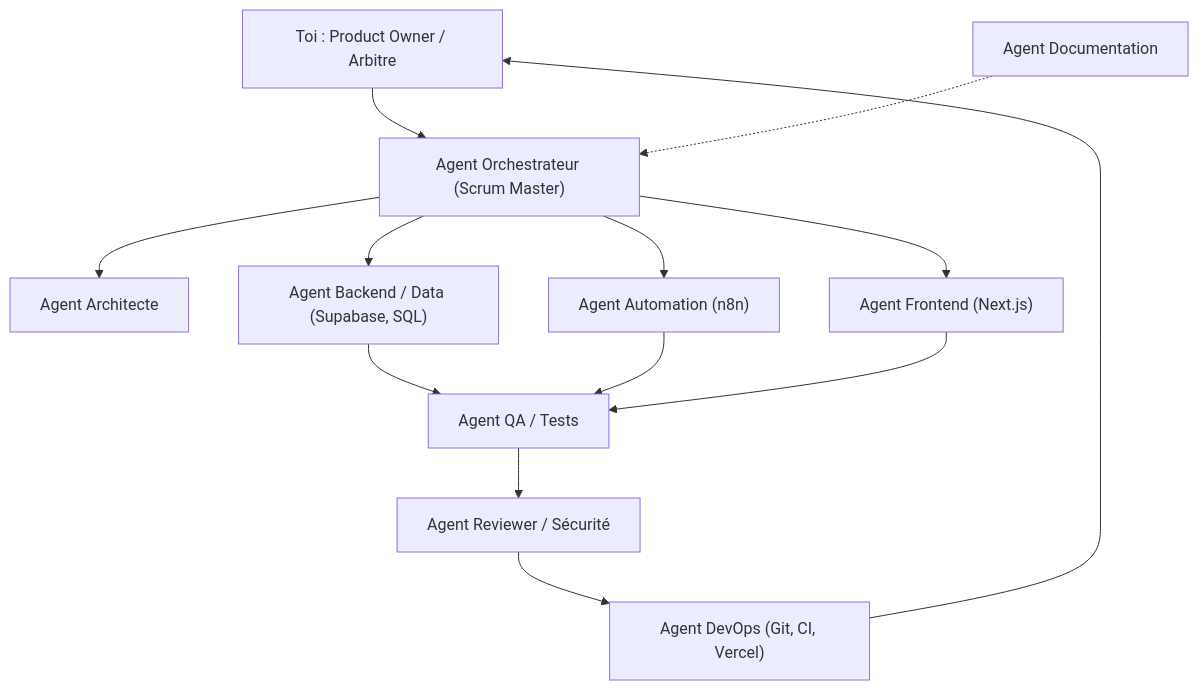
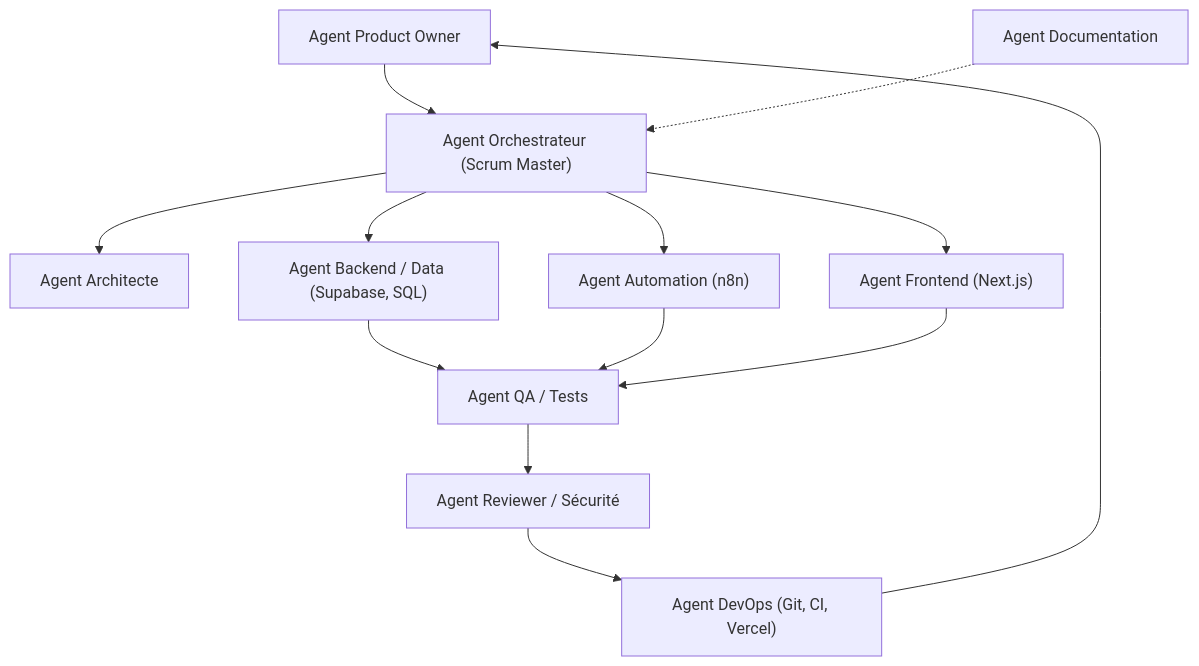
One commit to Mendrika10/prospection-ia changed the first of 2 diagrams in docs/methode-equipe-agents.md. Above: the diagram before and after it, drawn with Mermaid. The commit also changed other lines of this file and 7 other files, not shown here.

First line of the commit message:
docs: confier le role de Product Owner a un agent senior

````diff
--- a/docs/methode-equipe-agents.md
+++ b/docs/methode-equipe-agents.md
@@ -12,15 +24,15 @@
 ```mermaid
 flowchart TD
-    PO["Toi : Product Owner / Arbitre"] --> SM["Agent Orchestrateur (Scrum Master)"]
+    PO["Agent Product Owner"] --> SM["Agent Orchestrateur (Scrum Master)"]
     SM --> ARCH["Agent Architecte"]
     SM --> DATA["Agent Backend / Data (Supabase, SQL)"]
     SM --> AUTO["Agent Automation (n8n)"]
     SM --> FRONT["Agent Frontend (Next.js)"]
     DATA --> QA["Agent QA / Tests"]
     AUTO --> QA
     FRONT --> QA
     QA --> REV["Agent Reviewer / Sécurité"]
     REV --> OPS["Agent DevOps (Git, CI, Vercel)"]
     OPS --> PO
     DOC["Agent Documentation"] -.-> SM
 ```
````
